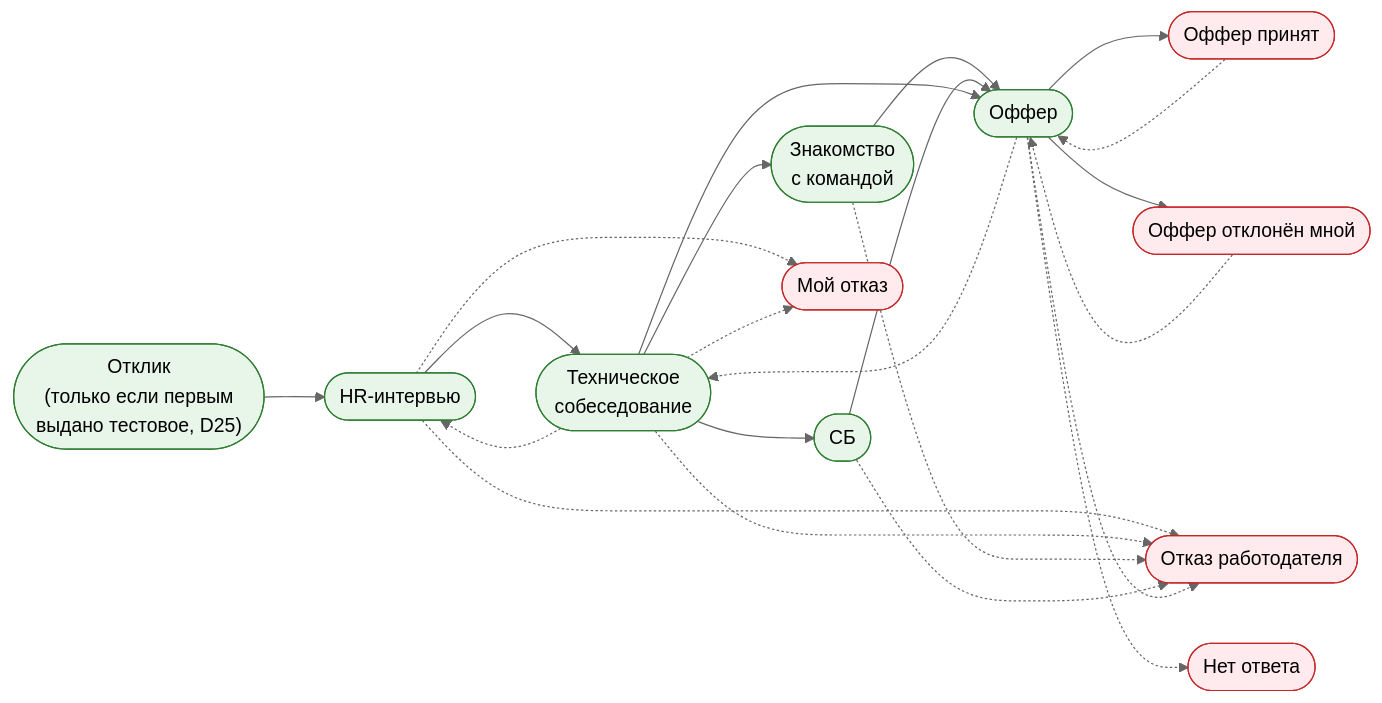
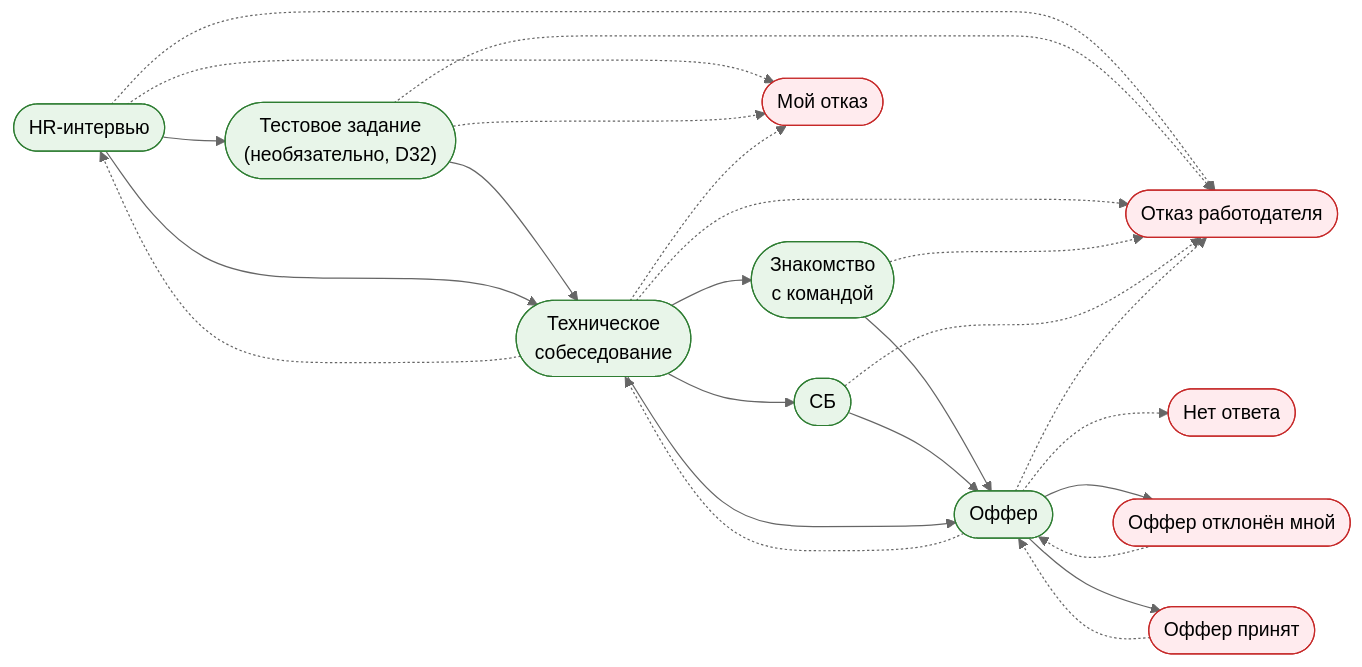
The diagram in projects/06-job-search-crm/docs/process/03-status-model.md (j112nsk/tw-portfolio), drawn with Mermaid (neutral theme) before and after one commit. The commit also changed other lines of this file, not shown here.

Commit message:
docs(job-crm): status model v3.0 — test assignment as a stage

````diff
--- a/projects/06-job-search-crm/docs/process/03-status-model.md
+++ b/projects/06-job-search-crm/docs/process/03-status-model.md
@@ -42,41 +44,44 @@
 ```mermaid
 flowchart LR
-    APPLIED(["Отклик<br/>(только если первым<br/>выдано тестовое, D25)"])
     HR(["HR-интервью"])
+    TEST(["Тестовое задание<br/>(необязательно, D32)"])
     TECH(["Техническое<br/>собеседование"])
     TEAM(["Знакомство<br/>с командой"])
     SEC(["СБ"])
     OFFER(["Оффер"])
     ACC(["Оффер принят"])
     DEC(["Оффер отклонён мной"])
     REJ(["Отказ работодателя"])
     WIT(["Мой отказ"])
     NOR(["Нет ответа"])
 
-    APPLIED --> HR --> TECH
+    HR --> TEST --> TECH
+    HR --> TECH
     TECH --> TEAM --> OFFER
     TECH --> SEC --> OFFER
     TECH --> OFFER
     OFFER --> ACC
     OFFER --> DEC
 
     HR -.-> REJ
+    TEST -.-> REJ
     TECH -.-> REJ
     TEAM -.-> REJ
     SEC -.-> REJ
     OFFER -.-> REJ
     HR -.-> WIT
+    TEST -.-> WIT
     TECH -.-> WIT
     OFFER -.-> NOR
 
     %% Нетипичные переходы (предупреждение, не блокировка): SR2, раздел 5
     TECH -.-> HR
     OFFER -.-> TECH
     ACC -.-> OFFER
     DEC -.-> OFFER
 
     classDef stage fill:#e8f5e9,stroke:#2e7d32,color:#000
     classDef outcome fill:#ffebee,stroke:#c62828,color:#000
-    class APPLIED,HR,TECH,TEAM,SEC,OFFER stage
+    class HR,TEST,TECH,TEAM,SEC,OFFER stage
     class ACC,DEC,REJ,WIT,NOR outcome
 ```
````
